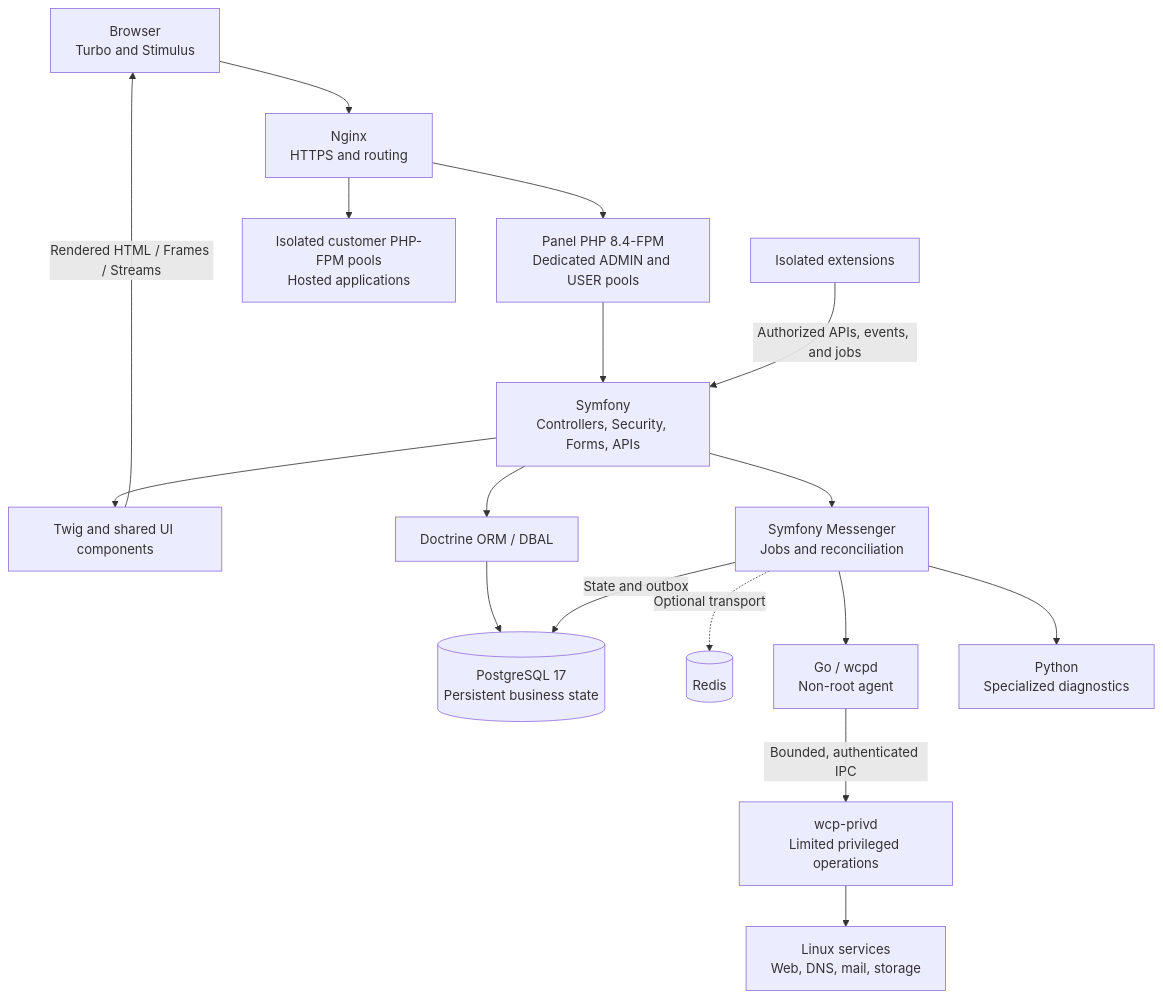
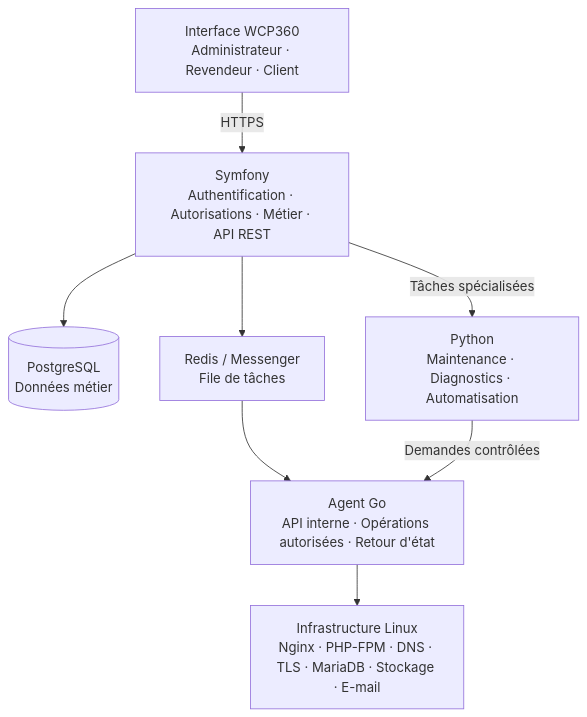
The second of 15 diagrams in README.md (wcp360/wcp360), drawn with Mermaid before and after one commit. The commit also changed other lines of this file and 475 other files, not shown here.

````diff
--- a/README.md
+++ b/README.md
@@ -463,19 +1615,18 @@
 ```mermaid
 flowchart TB
-    UI["Browser<br/>Turbo and Stimulus"] --> NGINX["Nginx<br/>HTTPS and routing"]
-    NGINX --> PANEL["Panel PHP 8.4-FPM<br/>Dedicated ADMIN and USER pools"]
-    PANEL --> APP["Symfony<br/>Controllers, Security, Forms, APIs"]
-    APP --> TWIG["Twig and shared UI components"]
-    TWIG -->|"Rendered HTML / Frames / Streams"| UI
-    NGINX --> TENANTS["Isolated customer PHP-FPM pools<br/>Hosted applications"]
-    APP --> ORM["Doctrine ORM / DBAL"]
-    ORM --> PG[("PostgreSQL 17<br/>Persistent business state")]
-    APP --> JOBS["Symfony Messenger<br/>Jobs and reconciliation"]
-    JOBS -->|"State and outbox"| PG
-    JOBS -. "Optional transport" .-> REDIS[("Redis")]
-    JOBS --> GO["Go / wcpd<br/>Non-root agent"]
-    JOBS --> PY["Python<br/>Specialized diagnostics"]
-    GO -->|"Bounded, authenticated IPC"| PRIV["wcp-privd<br/>Limited privileged operations"]
-    PRIV --> HOST["Linux services<br/>Web, DNS, mail, storage"]
-    EXT["Isolated extensions"] -->|"Authorized APIs, events, and jobs"| APP
+    UI["Interface WCP360<br/>Administrateur · Revendeur · Client"]
+    APP["Symfony<br/>Authentification · Autorisations · Métier · API REST"]
+    DB[("PostgreSQL<br/>Données métier")]
+    QUEUE["Redis / Messenger<br/>File de tâches"]
+    AGENT["Agent Go<br/>API interne · Opérations autorisées · Retour d'état"]
+    LINUX["Infrastructure Linux<br/>Nginx · PHP-FPM · DNS · TLS · MariaDB · Stockage · E-mail"]
+    PYTHON["Python<br/>Maintenance · Diagnostics · Automatisation"]
+
+    UI -->|HTTPS| APP
+    APP --> DB
+    APP --> QUEUE
+    QUEUE --> AGENT
+    AGENT --> LINUX
+    APP -->|Tâches spécialisées| PYTHON
+    PYTHON -->|Demandes contrôlées| AGENT
 ```
````
